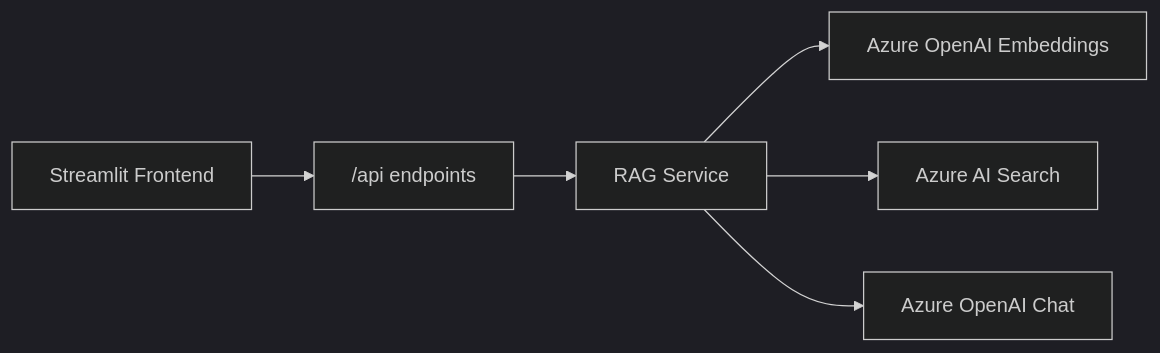
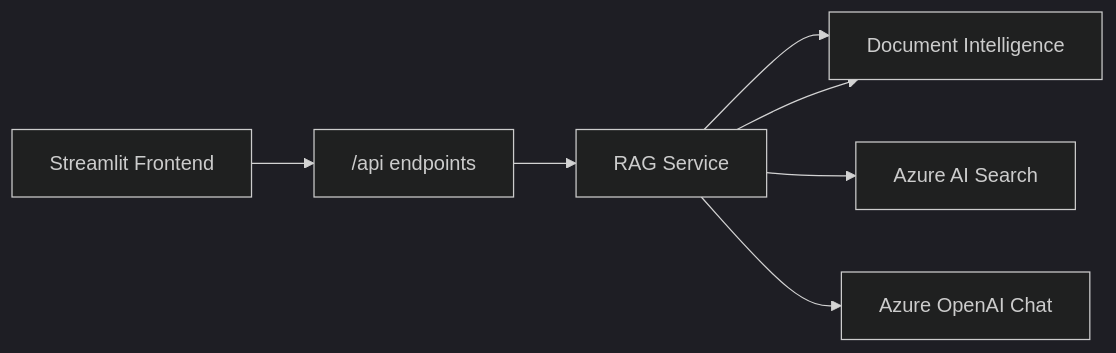
One commit to Hanan899/RAG-using-Azure-Services changed the diagram in README.md. Above: the diagram before and after it, drawn with Mermaid (dark theme). The commit also changed other lines of this file, not shown here.

````diff
--- a/README.md
+++ b/README.md
@@ -8,8 +8,9 @@
 ```mermaid
 flowchart LR
   UI[Streamlit Frontend] --> API["/api endpoints"]
   API --> RAG[RAG Service]
   RAG --> EMB[Azure OpenAI Embeddings]
+  RAG --> EMB[Document Intelligence]
   RAG --> SRCH[Azure AI Search]
   RAG --> CHAT[Azure OpenAI Chat]
 ```
````
